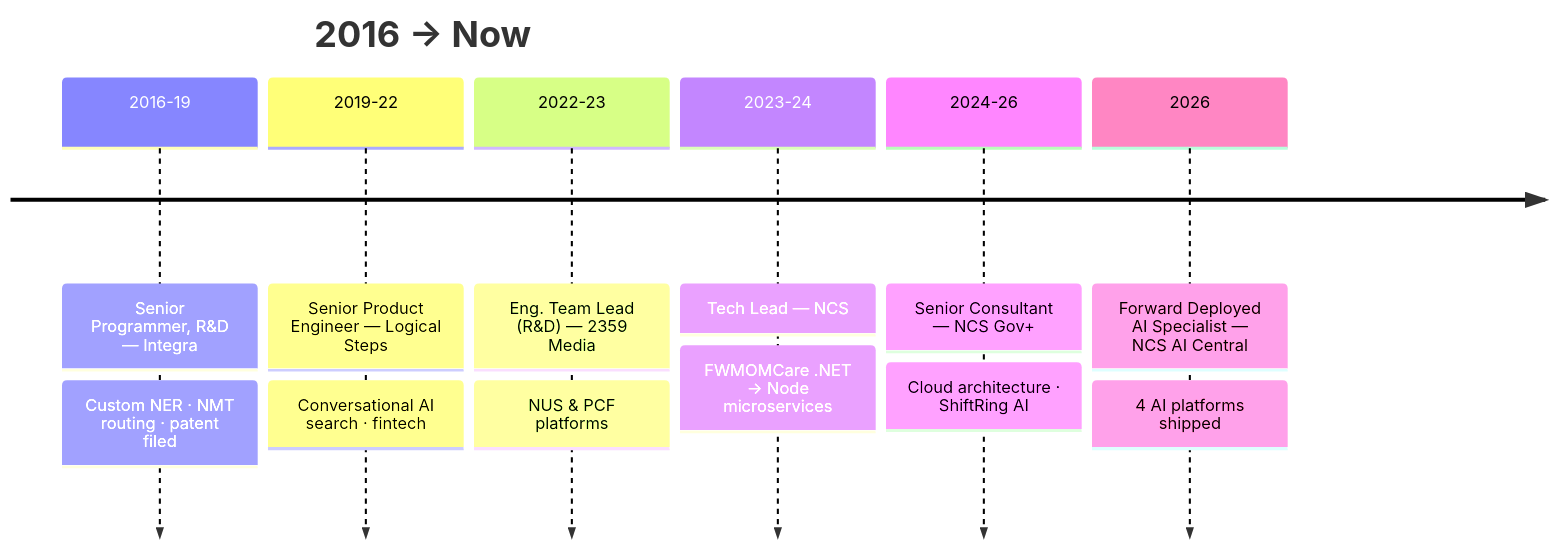
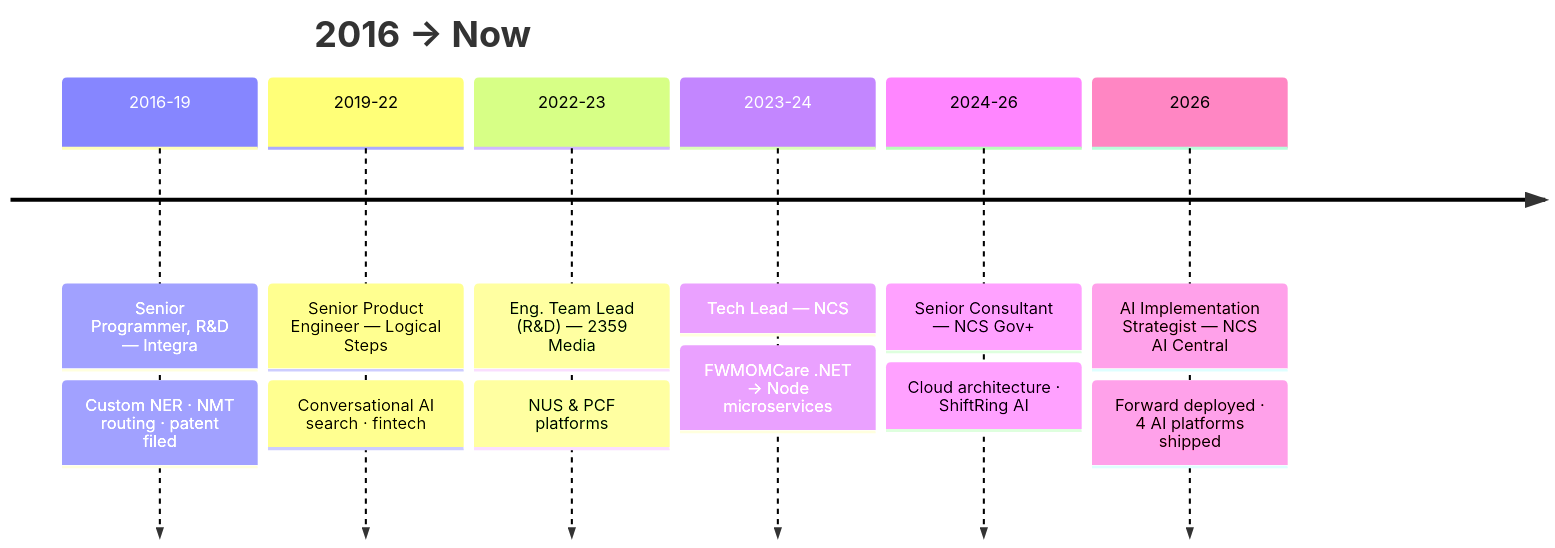
The diagram in README.md (PrasannaBrabourame/PrasannaBrabourame), drawn with Mermaid before and after one commit. The commit also changed other lines of this file, not shown here.

````diff
--- a/README.md
+++ b/README.md
@@ -184,10 +194,10 @@
 ```mermaid
 timeline
     title 2016 → Now
     2016-19 : Senior Programmer, R&D — Integra : Custom NER · NMT routing · patent filed
     2019-22 : Senior Product Engineer — Logical Steps : Conversational AI search · fintech
     2022-23 : Eng. Team Lead (R&D) — 2359 Media : NUS & PCF platforms
     2023-24 : Tech Lead — NCS : FWMOMCare .NET → Node microservices
     2024-26 : Senior Consultant — NCS Gov+ : Cloud architecture · ShiftRing AI
-    2026 : Forward Deployed AI Specialist — NCS AI Central : 4 AI platforms shipped
+    2026 : AI Implementation Strategist — NCS AI Central : Forward deployed · 4 AI platforms shipped
 ```
````
